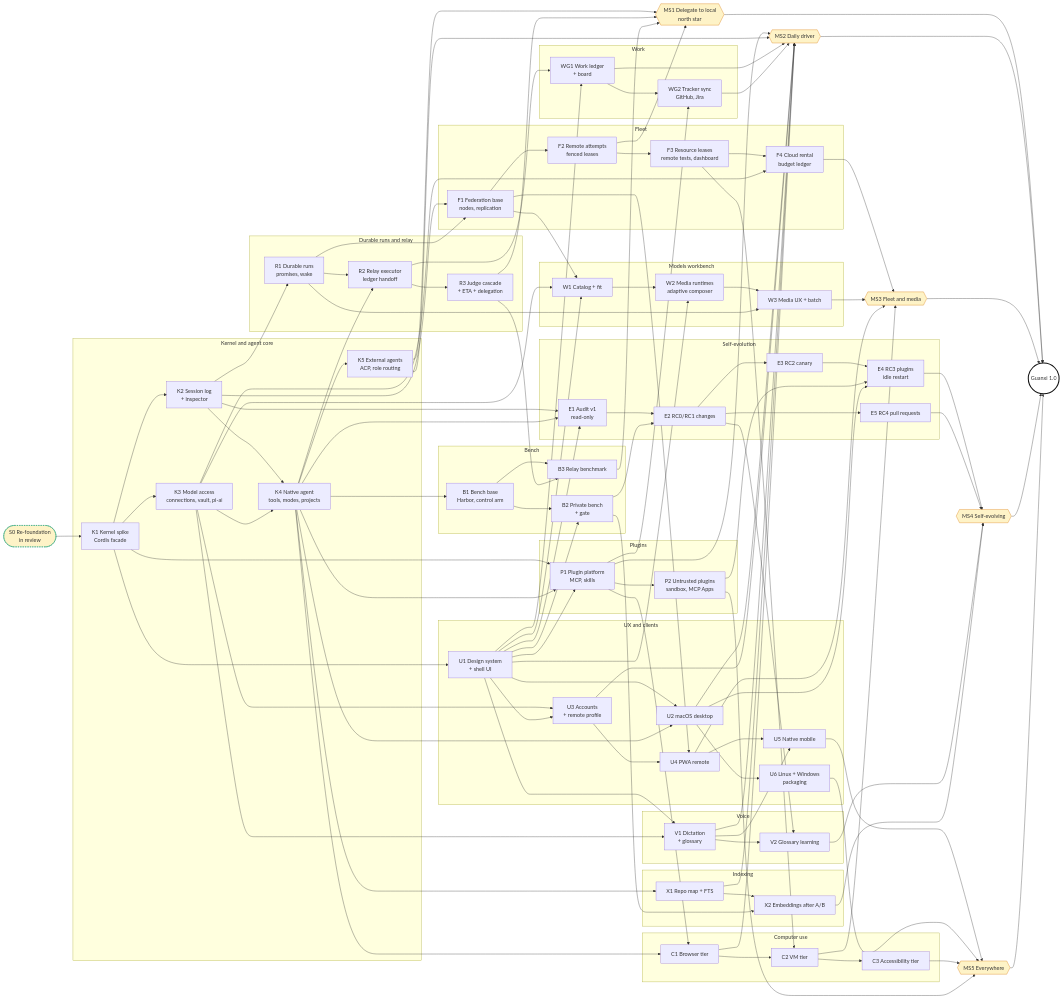
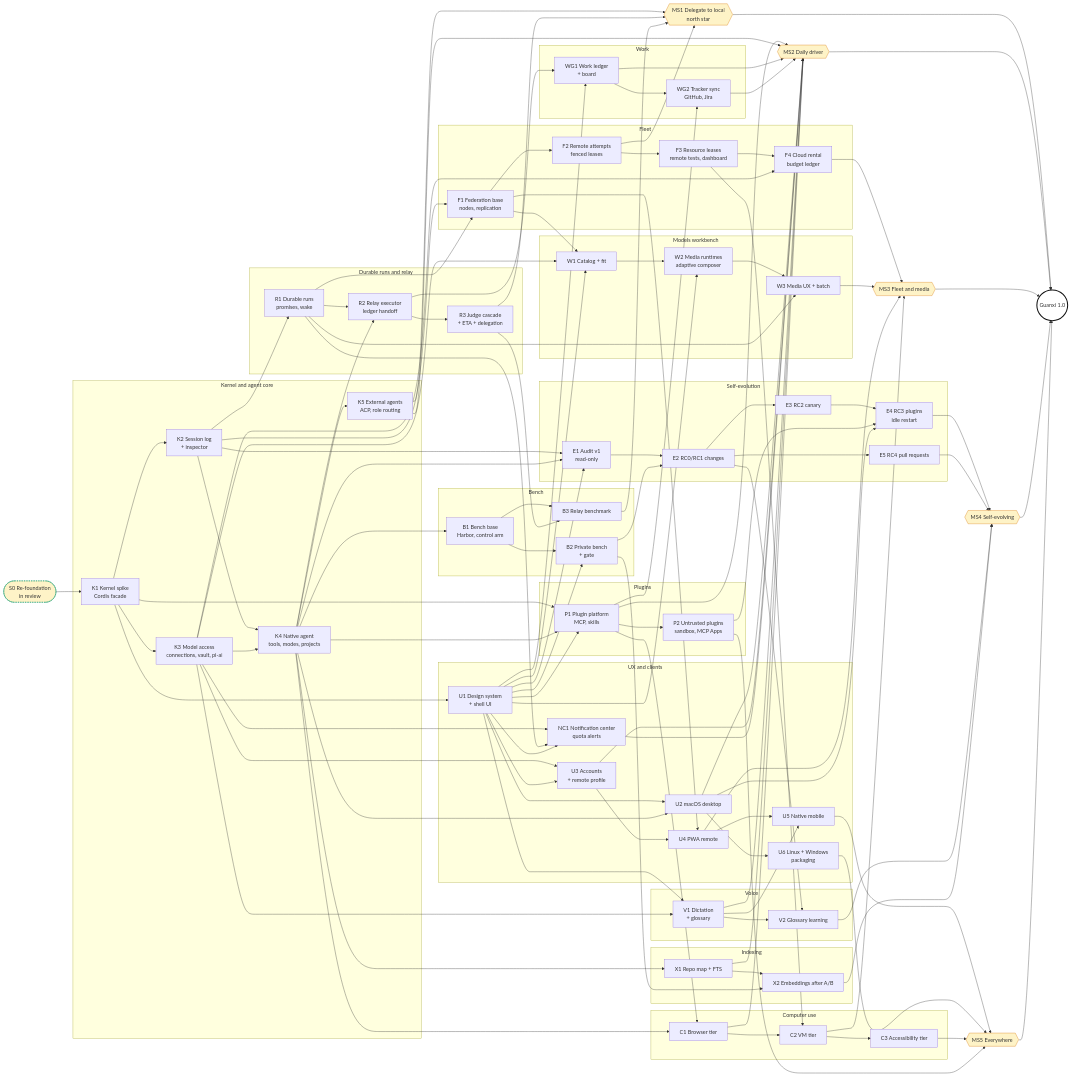
One commit to MattoYuzuru/Guanxi changed the diagram in docs/plans/roadmap.mmd. Above: the diagram before and after it, drawn with Mermaid. The commit also changed 11 other files, not shown here.

First line of the commit message:
docs: add notification center and quota alerts

```diff
--- a/docs/plans/roadmap.mmd
+++ b/docs/plans/roadmap.mmd
@@ -1,121 +1,123 @@
 flowchart LR
   S0([S0 Re-foundation<br/>in review]):::review
 
   subgraph Kernel["Kernel and agent core"]
     K1[K1 Kernel spike<br/>Cordis facade]
     K2[K2 Session log<br/>+ inspector]
     K3[K3 Model access<br/>connections, vault, pi-ai]
     K4[K4 Native agent<br/>tools, modes, projects]
     K5[K5 External agents<br/>ACP, role routing]
   end
   subgraph Runs["Durable runs and relay"]
     R1[R1 Durable runs<br/>promises, wake]
     R2[R2 Relay executor<br/>ledger handoff]
     R3[R3 Judge cascade<br/>+ ETA + delegation]
   end
   subgraph Fleet["Fleet"]
     F1[F1 Federation base<br/>nodes, replication]
     F2[F2 Remote attempts<br/>fenced leases]
     F3[F3 Resource leases<br/>remote tests, dashboard]
     F4[F4 Cloud rental<br/>budget ledger]
   end
   subgraph Bench["Bench"]
     B1[B1 Bench base<br/>Harbor, control arm]
     B2[B2 Private bench<br/>+ gate]
     B3[B3 Relay benchmark]
   end
   subgraph UX["UX and clients"]
     U1[U1 Design system<br/>+ shell UI]
     U2[U2 macOS desktop]
     U3[U3 Accounts<br/>+ remote profile]
     U4[U4 PWA remote]
     U5[U5 Native mobile]
     U6[U6 Linux + Windows<br/>packaging]
+    NC1[NC1 Notification center<br/>quota alerts]
   end
   subgraph Plugins["Plugins"]
     P1[P1 Plugin platform<br/>MCP, skills]
     P2[P2 Untrusted plugins<br/>sandbox, MCP Apps]
   end
   subgraph Work["Work"]
     WG1[WG1 Work ledger<br/>+ board]
     WG2[WG2 Tracker sync<br/>GitHub, Jira]
   end
   subgraph Workbench["Models workbench"]
     W1[W1 Catalog + fit]
     W2[W2 Media runtimes<br/>adaptive composer]
     W3[W3 Media UX + batch]
   end
   subgraph Voice["Voice"]
     V1[V1 Dictation<br/>+ glossary]
     V2[V2 Glossary learning]
   end
   subgraph Evolution["Self-evolution"]
     E1[E1 Audit v1<br/>read-only]
     E2[E2 RC0/RC1 changes]
     E3[E3 RC2 canary]
     E4[E4 RC3 plugins<br/>idle restart]
     E5[E5 RC4 pull requests]
   end
   subgraph CU["Computer use"]
     C1[C1 Browser tier]
     C2[C2 VM tier]
     C3[C3 Accessibility tier]
   end
   subgraph Index["Indexing"]
     X1[X1 Repo map + FTS]
     X2[X2 Embeddings after A/B]
   end
 
   MS1{{MS1 Delegate to local<br/>north star}}:::ms
   MS2{{MS2 Daily driver}}:::ms
   MS3{{MS3 Fleet and media}}:::ms
   MS4{{MS4 Self-evolving}}:::ms
   MS5{{MS5 Everywhere}}:::ms
   G10((Guanxi 1.0)):::final
 
   S0 --> K1
   K1 --> K2 & K3 & U1
   K1 & U1 & K4 --> P1
   K2 & K3 --> K4
   K4 --> K5
   K2 --> R1
   K4 & R1 --> R2
   R2 --> R3
   K2 & R1 --> F1
   F1 --> F2 --> F3 --> F4
   K3 --> F4
   K4 --> B1
   B1 & U1 --> B2
   B1 & R3 --> B3
   U1 & K4 --> U2
   K3 & U1 --> U3
   U3 & F1 --> U4
   U4 & V1 --> U5
   U2 --> U6
+  K3 & R1 & U1 --> NC1
   P1 --> P2
   R2 & U1 --> WG1
   WG1 & P1 --> WG2
   K3 & F1 & U1 --> W1
   W1 & U1 --> W2
   W2 & R1 --> W3
   K3 & U1 --> V1
   V1 & E2 --> V2
   K2 & K4 & U1 --> E1
   E1 & B2 --> E2 --> E3
   E3 & P2 & U2 --> E4
   E2 --> E5
   K4 & P1 --> C1
   C1 & F3 --> C2 --> C3
   K4 --> X1
   X1 & B2 --> X2
 
   K5 & R3 & F2 & B3 --> MS1
-  U2 & U3 & P1 & V1 & X1 & C1 & K5 & WG1 & WG2 --> MS2
+  U2 & U3 & P1 & V1 & X1 & C1 & K5 & WG1 & WG2 & NC1 --> MS2
   F4 & W3 & C2 & U4 --> MS3
   E4 & E5 & V2 & X2 --> MS4
   U5 & U6 & C3 & P2 --> MS5
   MS1 & MS2 & MS3 & MS4 & MS5 --> G10
 
   classDef review fill:#fef3c7,stroke:#059669,stroke-dasharray:4 3
   classDef ms fill:#fef3c7,stroke:#d97706
   classDef final fill:#fff,stroke:#111,stroke-width:3px
```
